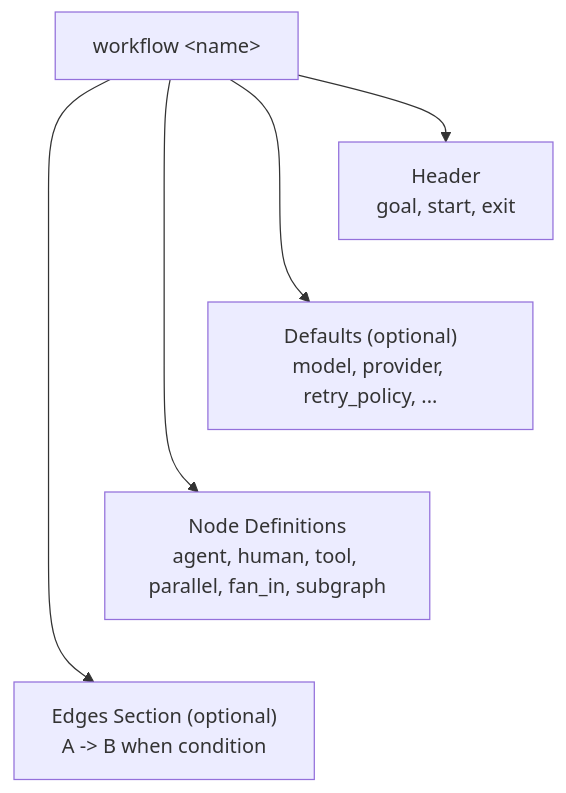
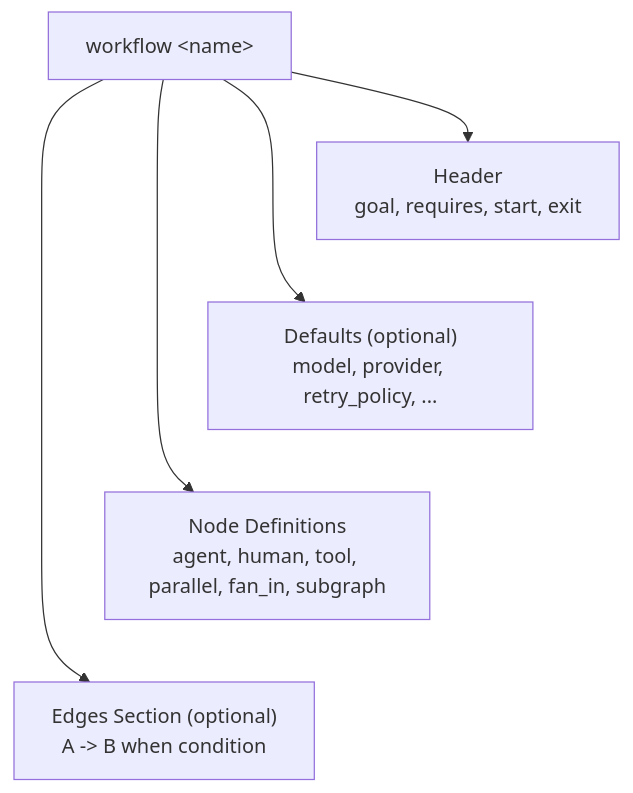
Before and after one commit to michellepellon/dippin-lang: the diagram in docs/syntax.md, drawn with Mermaid. The commit also changed 9 other files, not shown here.

````diff
--- a/docs/syntax.md
+++ b/docs/syntax.md
@@ -11,9 +11,9 @@
 ```mermaid
 graph TD
     WF["workflow &lt;name&gt;"]
-    WF --> H["Header<br>goal, start, exit"]
+    WF --> H["Header<br>goal, requires, start, exit"]
     WF --> D["Defaults (optional)<br>model, provider, retry_policy, ..."]
     WF --> N["Node Definitions<br>agent, human, tool, parallel, fan_in, subgraph"]
     WF --> E["Edges Section (optional)<br>A -> B when condition"]
     H ~~~ D ~~~ N ~~~ E
 ```
````
